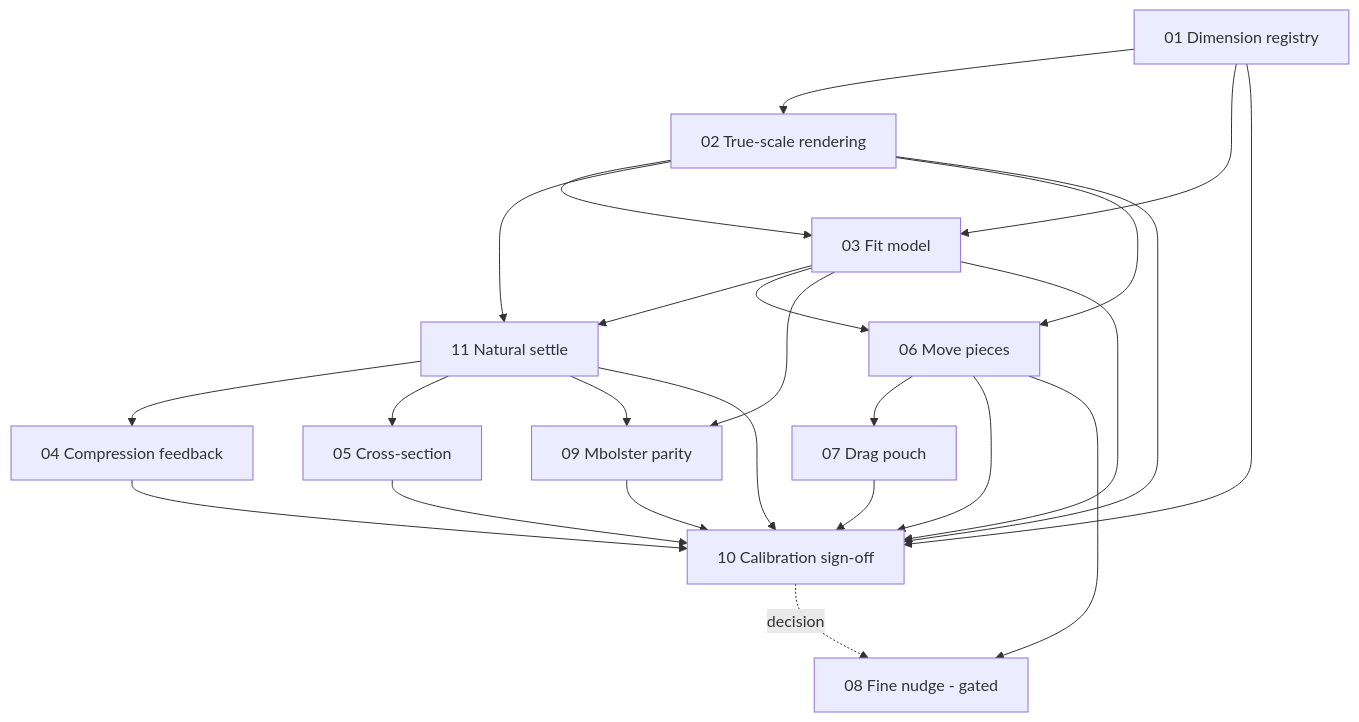
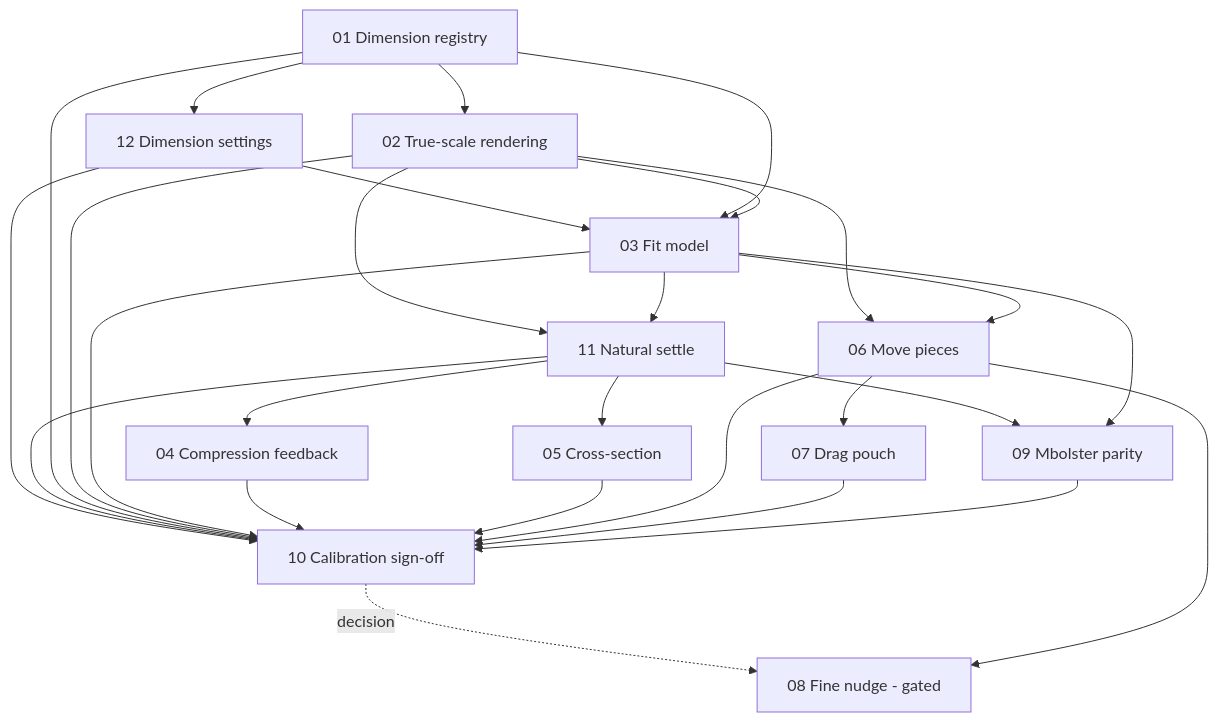
Before and after one commit to ivanyeors/mp: the diagram in .claude/PRD-xray-pillow-ux/issues/README.md, drawn with Mermaid. The commit also changed other lines of this file and 9 other files, not shown here.

First line of the commit message:
docs(prd): x-ray UX — slice 12, dimension settings page (#214)

````diff
--- a/.claude/PRD-xray-pillow-ux/issues/README.md
+++ b/.claude/PRD-xray-pillow-ux/issues/README.md
@@ -27,38 +28,42 @@
 ```mermaid
 graph TD
   s01[01 Dimension registry]
   s02[02 True-scale rendering]
   s03[03 Fit model]
   s04[04 Compression feedback]
   s05[05 Cross-section]
   s06[06 Move pieces]
   s07[07 Drag pouch]
   s08[08 Fine nudge - gated]
   s09[09 Mbolster parity]
   s10[10 Calibration sign-off]
   s11[11 Natural settle]
+  s12[12 Dimension settings]
 
   s01 --> s02
+  s01 --> s12
+  s12 --> s03
+  s12 --> s10
   s01 --> s03
   s02 --> s03
   s02 --> s11
   s03 --> s11
   s11 --> s04
   s11 --> s05
   s11 --> s09
   s11 --> s10
   s02 --> s06
   s03 --> s06
   s06 --> s07
   s03 --> s09
   s01 --> s10
   s02 --> s10
   s03 --> s10
   s04 --> s10
   s05 --> s10
   s06 --> s10
   s07 --> s10
   s09 --> s10
   s10 -. decision .-> s08
   s06 --> s08
 ```
````
